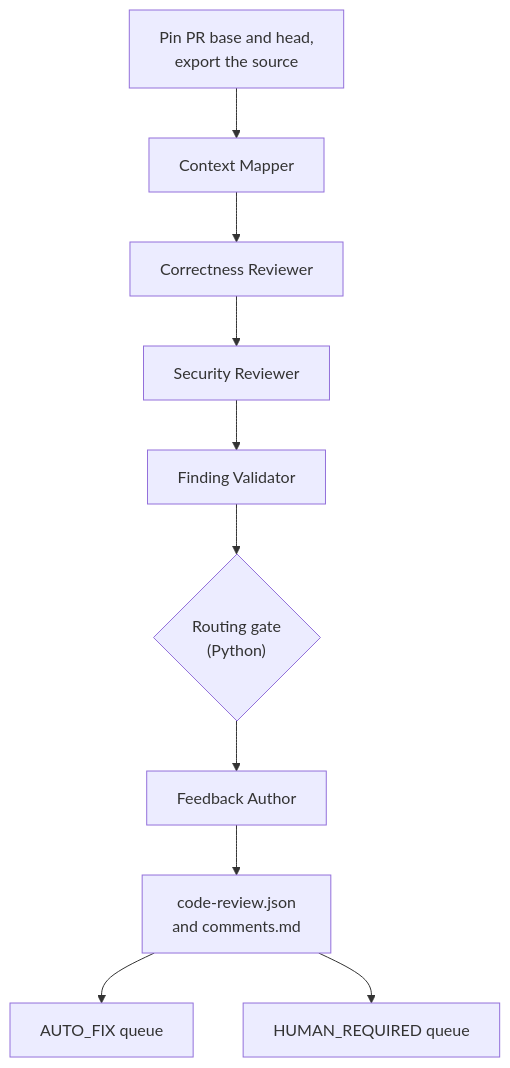
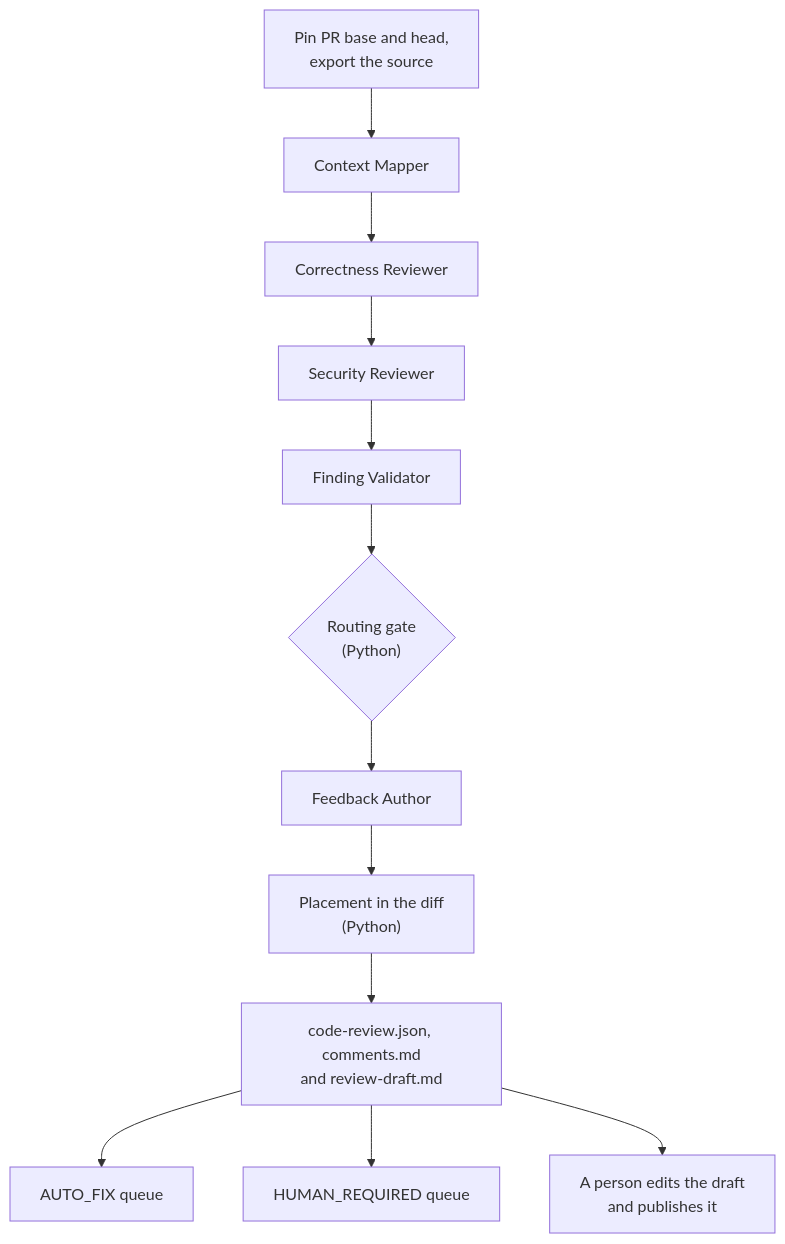
One commit to somr/awscao_agenticwflw changed the first of 6 diagrams in agentic-sdlc-docs/workflows/source-review.md. Above: the diagram before and after it, drawn with Mermaid. The commit also changed other lines of this file and 3 other files, not shown here.

````diff
--- a/agentic-sdlc-docs/workflows/source-review.md
+++ b/agentic-sdlc-docs/workflows/source-review.md
@@ -26,12 +26,14 @@
 ```mermaid
 flowchart TD
     A["Pin PR base and head,<br/>export the source"] --> B[Context Mapper]
     B --> C[Correctness Reviewer]
     C --> D[Security Reviewer]
     D --> E[Finding Validator]
     E --> F{"Routing gate<br/>(Python)"}
     F --> G[Feedback Author]
-    G --> H["code-review.json<br/>and comments.md"]
+    G --> P["Placement in the diff<br/>(Python)"]
+    P --> H["code-review.json, comments.md<br/>and review-draft.md"]
     H --> I["AUTO_FIX queue"]
     H --> J["HUMAN_REQUIRED queue"]
+    H --> K["A person edits the draft<br/>and publishes it"]
 ```
````
